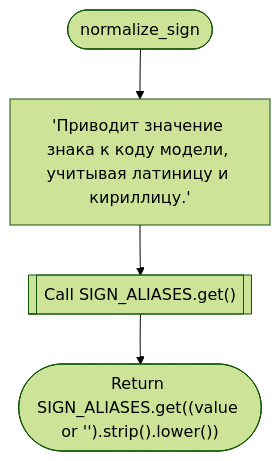
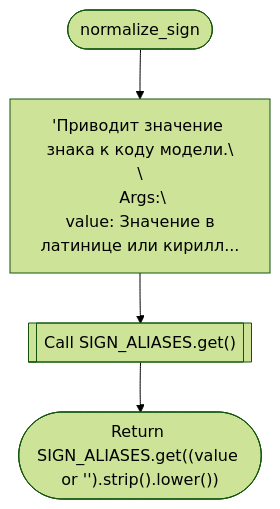
Diagram 15 of 59 in codedebrief-out/codedebrief.md (ihrusl05-rgb/Factoscope), drawn with Mermaid (forest theme) before and after one commit. The commit also changed other lines of this file and 20 other files, not shown here.

````diff
--- a/codedebrief-out/codedebrief.md
+++ b/codedebrief-out/codedebrief.md
@@ -450,10 +462,10 @@
 ```mermaid
 flowchart TD
   mflow_b820f09a6da42bf6_n1(["normalize_sign"])
-  mflow_b820f09a6da42bf6_n2["'Приводит значение знака к коду модели, учитывая латиницу и кириллицу.'"]
+  mflow_b820f09a6da42bf6_n2["'Приводит значение знака к коду модели.\\n\\n Args:\\n value: Значение в латинице или кирилл..."]
   mflow_b820f09a6da42bf6_n3[["Call SIGN_ALIASES.get()"]]
   mflow_b820f09a6da42bf6_n4(["Return SIGN_ALIASES.get((value or '').strip().lower())"])
   mflow_b820f09a6da42bf6_n1 --> mflow_b820f09a6da42bf6_n2
   mflow_b820f09a6da42bf6_n2 --> mflow_b820f09a6da42bf6_n3
   mflow_b820f09a6da42bf6_n3 --> mflow_b820f09a6da42bf6_n4
 ```
````
